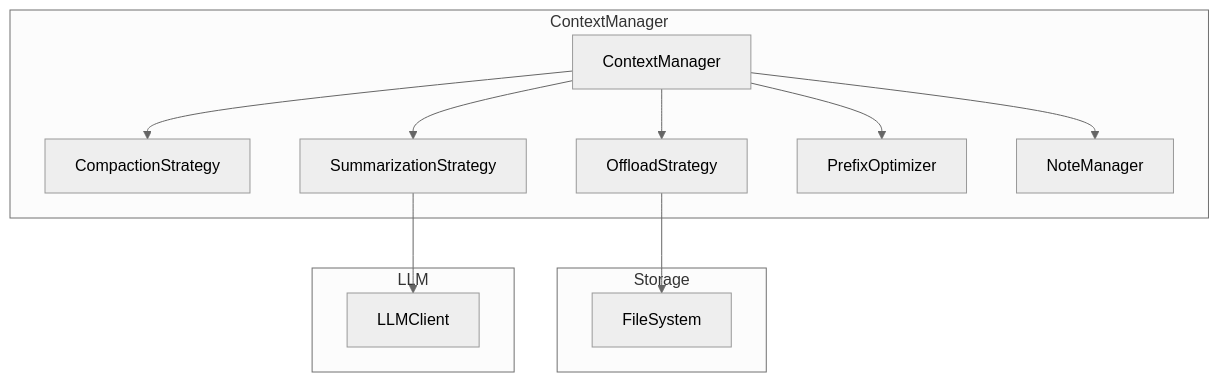
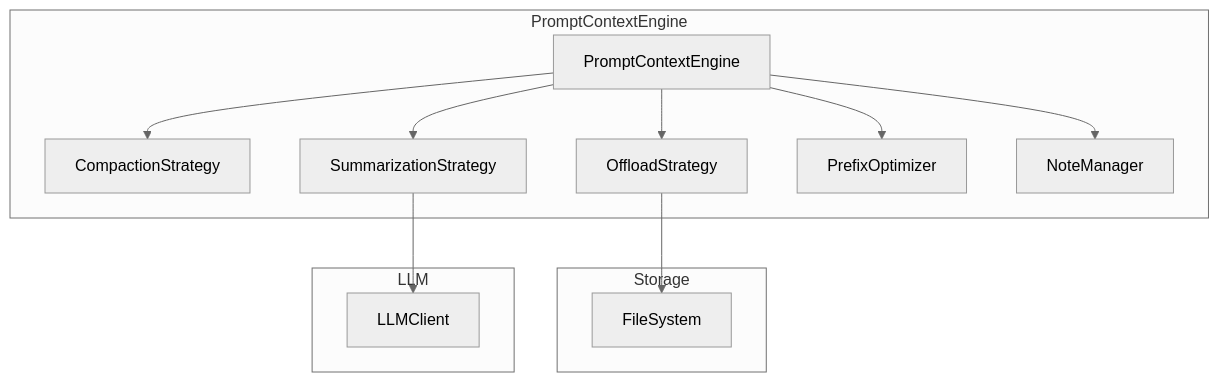
One commit to hjqcan/tachikoma changed the diagram in docs/上下文工程模块实现总结.md. Above: the diagram before and after it, drawn with Mermaid (neutral theme). The commit also changed other lines of this file and 41 other files, not shown here.

````diff
--- a/docs/上下文工程模块实现总结.md
+++ b/docs/上下文工程模块实现总结.md
@@ -277,21 +279,21 @@
 ```mermaid
 graph TB
-    subgraph ContextManager
-        CM[ContextManager]
+    subgraph PromptContextEngine
+        CM[PromptContextEngine]
         CM --> CS[CompactionStrategy]
         CM --> SS[SummarizationStrategy]
         CM --> OS[OffloadStrategy]
         CM --> PO[PrefixOptimizer]
         CM --> NM[NoteManager]
     end
 
     subgraph Storage
         FS[FileSystem]
         OS --> FS
     end
 
     subgraph LLM
         LC[LLMClient]
         SS --> LC
     end
 ```
````
